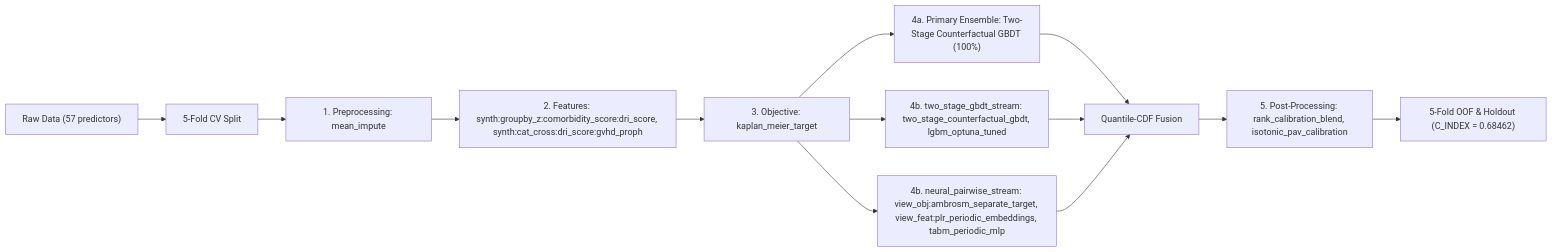
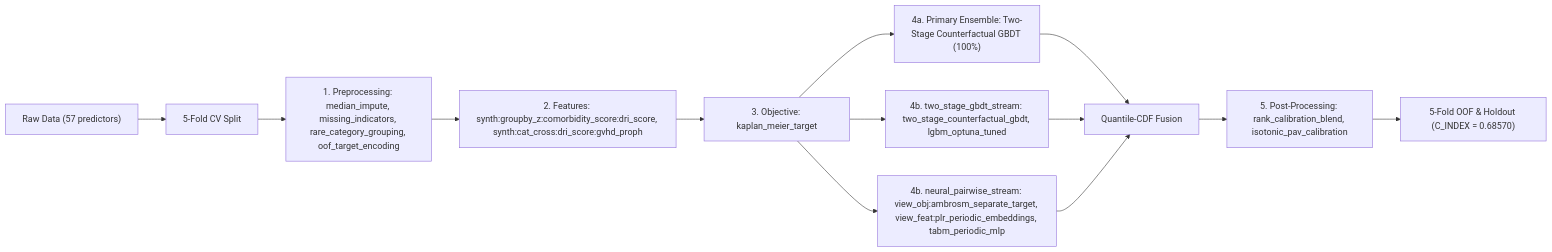
One commit to stefanoclss/CIBMTR-Equity-in-Post-HCT-Survival-Predictions changed the diagram in README.md. Above: the diagram before and after it, drawn with Mermaid. The commit also changed other lines of this file, not shown here.

First line of the commit message:
docs(readme): refresh verified OOF benchmark & build ledger (C_INDEX=0.68570)

````diff
--- a/README.md
+++ b/README.md
@@ -73,15 +74,15 @@
 ```mermaid
 flowchart LR
     DATA["Raw Data (57 predictors)"] --> SPLIT["5-Fold CV Split"]
-    SPLIT --> PRE["1. Preprocessing: mean_impute"]
+    SPLIT --> PRE["1. Preprocessing: median_impute, missing_indicators, rare_category_grouping, oof_target_encoding"]
     PRE --> FEAT["2. Features: synth:groupby_z:comorbidity_score:dri_score, synth:cat_cross:dri_score:gvhd_proph"]
     FEAT --> OBJ["3. Objective: kaplan_meier_target"]
     OBJ --> M0["4a. Primary Ensemble: Two-Stage Counterfactual GBDT (100%)"]
     M0 --> FUSE["Quantile-CDF Fusion"]
     OBJ --> S1["4b. two_stage_gbdt_stream: two_stage_counterfactual_gbdt, lgbm_optuna_tuned"]
     S1 --> FUSE
     OBJ --> S2["4b. neural_pairwise_stream: view_obj:ambrosm_separate_target, view_feat:plr_periodic_embeddings, tabm_periodic_mlp"]
     S2 --> FUSE
     FUSE --> POST["5. Post-Processing: rank_calibration_blend, isotonic_pav_calibration"]
-    POST --> OUT["5-Fold OOF & Holdout (C_INDEX = 0.68462)"]
+    POST --> OUT["5-Fold OOF & Holdout (C_INDEX = 0.68570)"]
 ```
````
